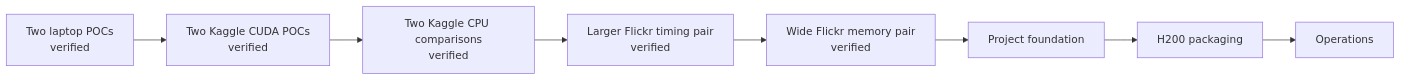
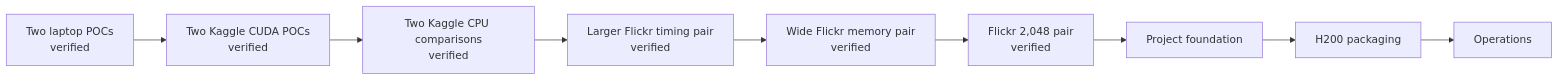
One commit to gh-andirdju/ml changed the diagram in docs/05-plan/phases.md. Above: the diagram before and after it, drawn with Mermaid. The commit also changed other lines of this file and 9 other files, not shown here.

````diff
--- a/docs/05-plan/phases.md
+++ b/docs/05-plan/phases.md
@@ -8,10 +8,11 @@
 ```mermaid
 flowchart LR
     local[Two laptop POCs<br/>verified] --> kaggle[Two Kaggle CUDA POCs<br/>verified]
     kaggle --> cpu[Two Kaggle CPU comparisons<br/>verified]
     cpu --> larger[Larger Flickr timing pair<br/>verified]
     larger --> memory[Wide Flickr memory pair<br/>verified]
-    memory --> foundation[Project foundation]
+    memory --> larger_memory[Flickr 2,048 pair<br/>verified]
+    larger_memory --> foundation[Project foundation]
     foundation --> cluster[H200 packaging]
     cluster --> operations[Operations]
 ```
````
